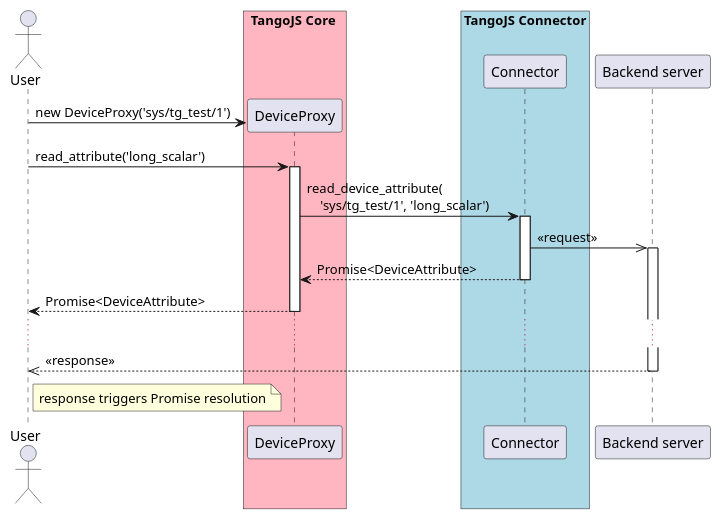
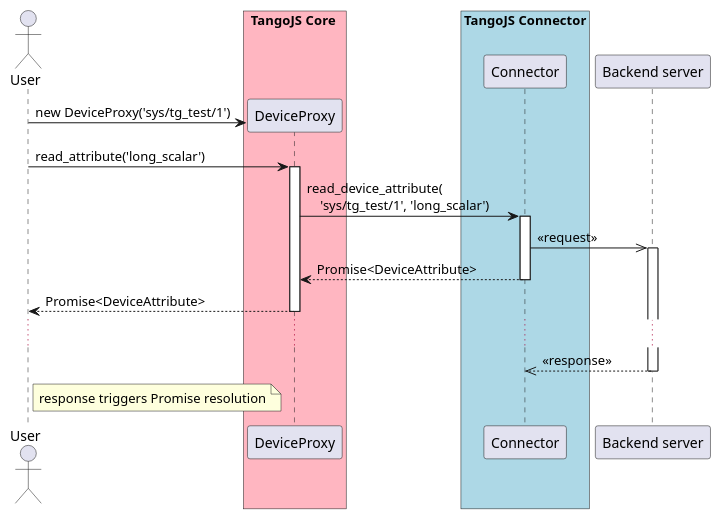
The diagram in thesis/figures/uml-source/03-tangojs-sequence-read.pu (mliszcz/msc-thesis), drawn with PlantUML before and after one commit. The commit also changed 2 other files, not shown here.

```diff
--- a/thesis/figures/uml-source/03-tangojs-sequence-read.pu
+++ b/thesis/figures/uml-source/03-tangojs-sequence-read.pu
@@ -1,43 +1,43 @@
 @startuml
 
 actor User
 participant DeviceProxy
 participant Connector
 
 box " TangoJS Core  " #LightPink
   participant DeviceProxy
 end box
 
 box "TangoJS Connector" #LightBlue
 	participant Connector
 end box
 
 participant "Backend server" as Backend
 
 create DeviceProxy
 User -> DeviceProxy: new DeviceProxy('sys/tg_test/1')
 
 User -> DeviceProxy: read_attribute('long_scalar')
 activate DeviceProxy
 
 DeviceProxy -> Connector: read_device_attribute(\n    'sys/tg_test/1', 'long_scalar')
 activate Connector
 
 Connector ->> Backend: << request >>
 activate Backend
 
 Connector --> DeviceProxy: Promise<DeviceAttribute>
 deactivate Connector
 
 DeviceProxy --> User: Promise<DeviceAttribute>
 deactivate DeviceProxy
 
 ...
 
-Backend -->> User: << response >>
+Backend -->> Connector: << response >>
 note right of User
   response triggers Promise resolution
 end note
 deactivate Backend
 
 @enduml
```
